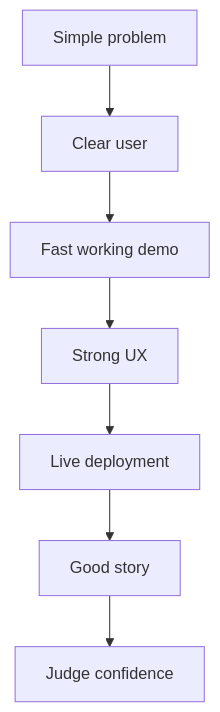
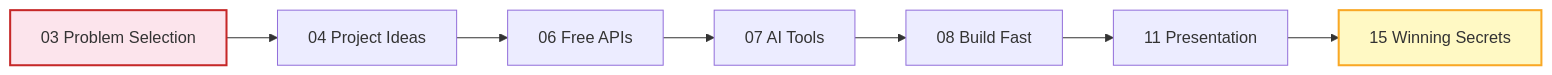
One commit to udaysharmadev/Hackathon-Starter-Pack-Complete-Guide-Roadmap changed the fifth of 6 diagrams in README.md. Above: the diagram before and after it, drawn with Mermaid. The commit also changed other lines of this file and 2 other files, not shown here.

````diff
--- a/README.md
+++ b/README.md
@@ -153,9 +310,12 @@
 ```mermaid
-flowchart TD
-    A[Simple problem] --> B[Clear user]
-    B --> C[Fast working demo]
-    C --> D[Strong UX]
-    D --> E[Live deployment]
-    E --> F[Good story]
-    F --> G[Judge confidence]
+flowchart LR
+    A[03 Problem Selection] --> B[04 Project Ideas]
+    B --> C[06 Free APIs]
+    C --> D[07 AI Tools]
+    D --> E[08 Build Fast]
+    E --> F[11 Presentation]
+    F --> G[15 Winning Secrets]
+
+    style A fill:#fce4ec,stroke:#c62828,stroke-width:2px
+    style G fill:#fff9c4,stroke:#f9a825,stroke-width:2px
 ```
````
